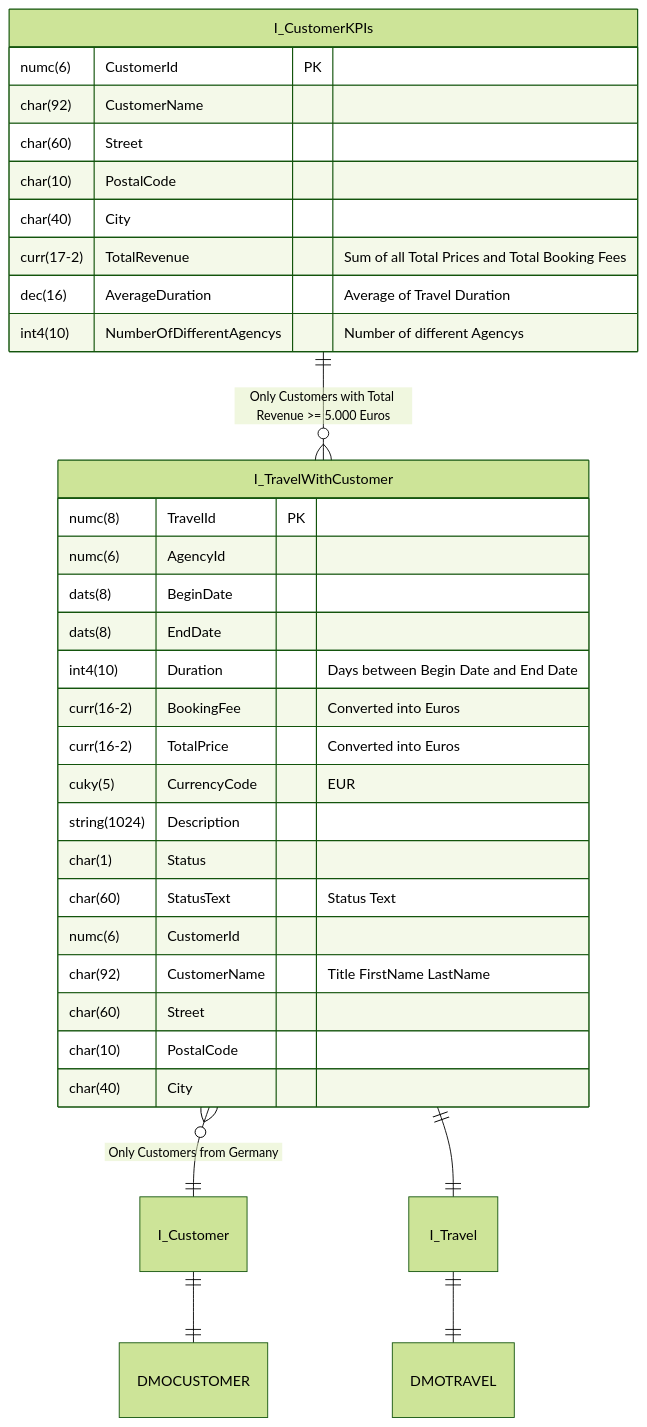
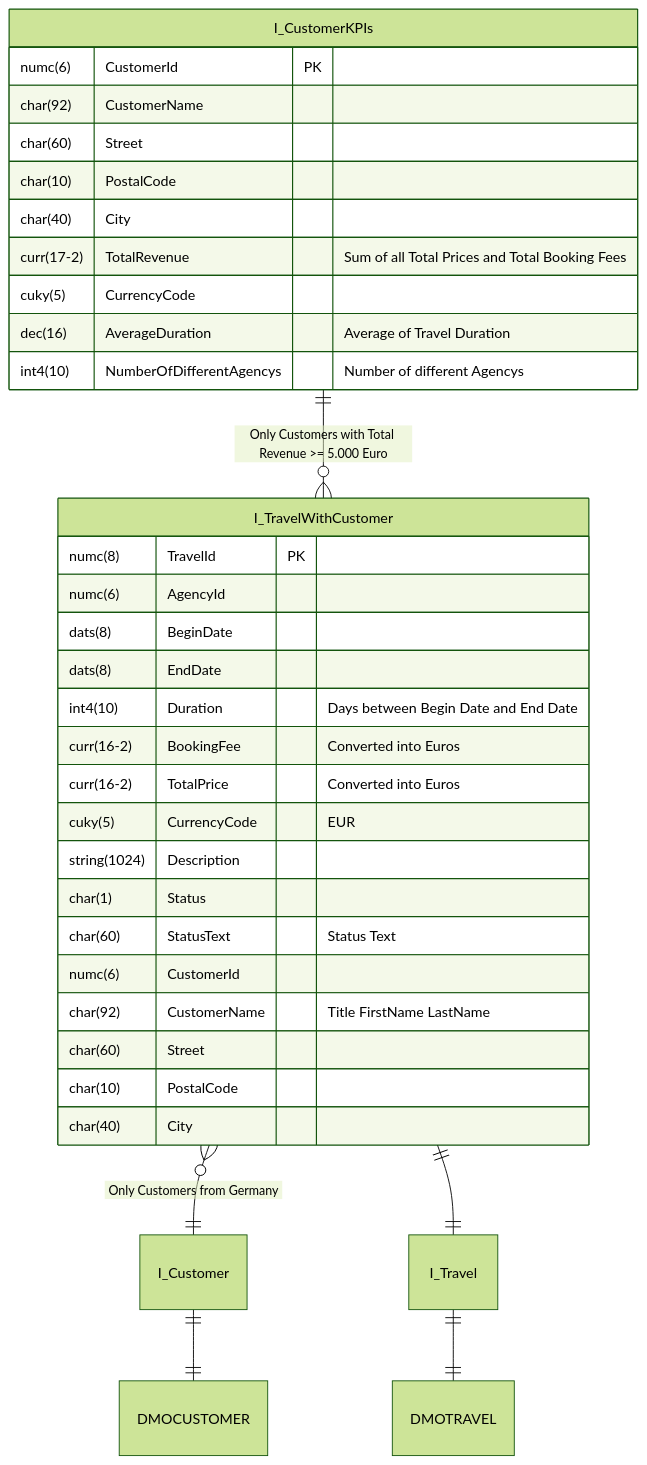
The diagram in docs/exercises/abap-cds/abap-cds-05.md (appenmaier/s4hana), drawn with Mermaid (forest theme) before and after one commit. The commit also changed 8 other files, not shown here.

````diff
--- a/docs/exercises/abap-cds/abap-cds-05.md
+++ b/docs/exercises/abap-cds/abap-cds-05.md
@@ -10,39 +10,40 @@
 ```mermaid
 erDiagram
 
     I_Customer ||--|| DMOCUSTOMER : ""
     I_Travel ||--|| DMOTRAVEL : ""
     I_TravelWithCustomer }o--|| I_Customer : "Only Customers from Germany"
     I_TravelWithCustomer ||--|| I_Travel : ""
-    I_CustomerKPIs ||--o{ I_TravelWithCustomer : "Only Customers with Total Revenue >= 5.000 Euros"
+    I_CustomerKPIs ||--o{ I_TravelWithCustomer : "Only Customers with Total Revenue >= 5.000 Euro"
 
     I_CustomerKPIs {
         numc(6) CustomerId PK
         char(92) CustomerName
         char(60) Street
         char(10) PostalCode
         char(40) City
         curr(17-2) TotalRevenue "Sum of all Total Prices and Total Booking Fees"
+        cuky(5) CurrencyCode
         dec(16) AverageDuration "Average of Travel Duration"
         int4(10) NumberOfDifferentAgencys "Number of different Agencys"
     }
 
     I_TravelWithCustomer {
         numc(8) TravelId PK
         numc(6) AgencyId
         dats(8) BeginDate
         dats(8) EndDate
         int4(10) Duration "Days between Begin Date and End Date"
         curr(16-2) BookingFee "Converted into Euros"
         curr(16-2) TotalPrice "Converted into Euros"
         cuky(5) CurrencyCode "EUR"
         string(1024) Description
         char(1) Status
         char(60) StatusText "Status Text"
         numc(6) CustomerId
         char(92) CustomerName "Title FirstName LastName"
         char(60) Street
         char(10) PostalCode
         char(40) City
     }
 ```
````
